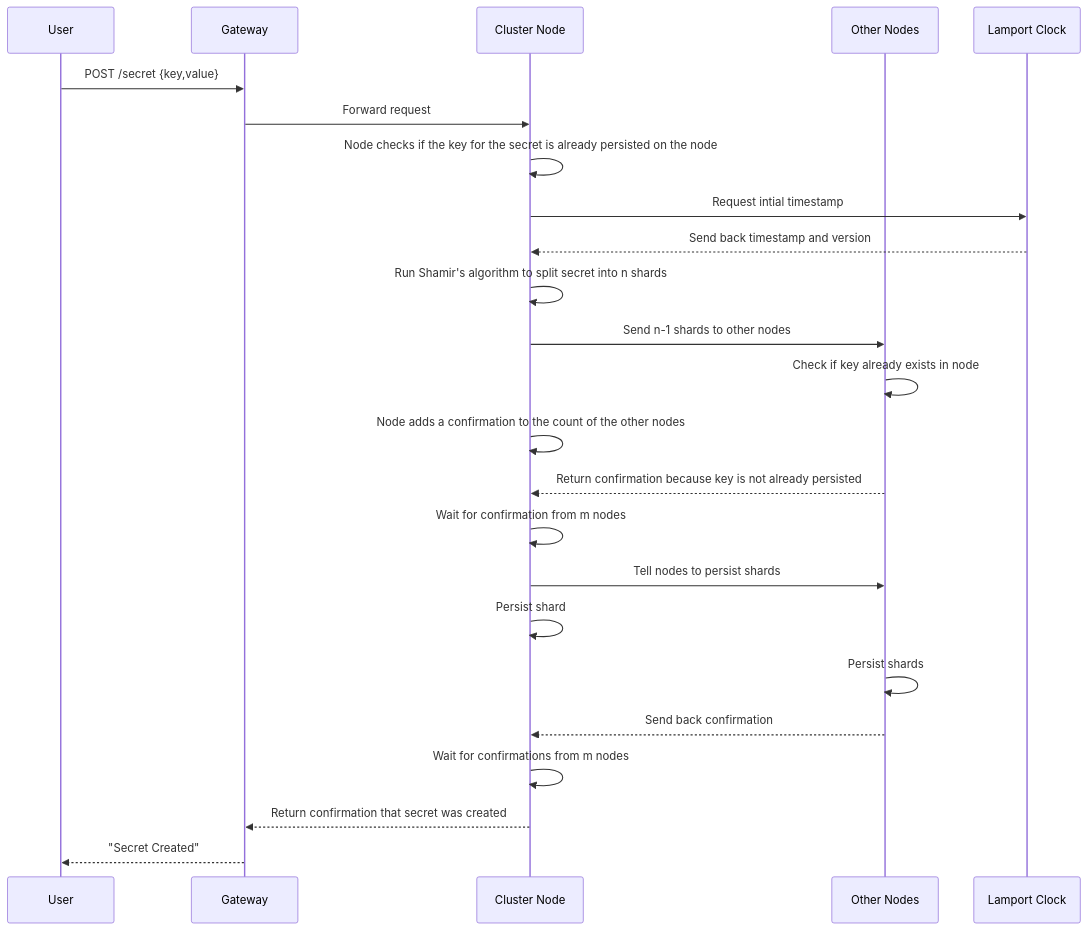
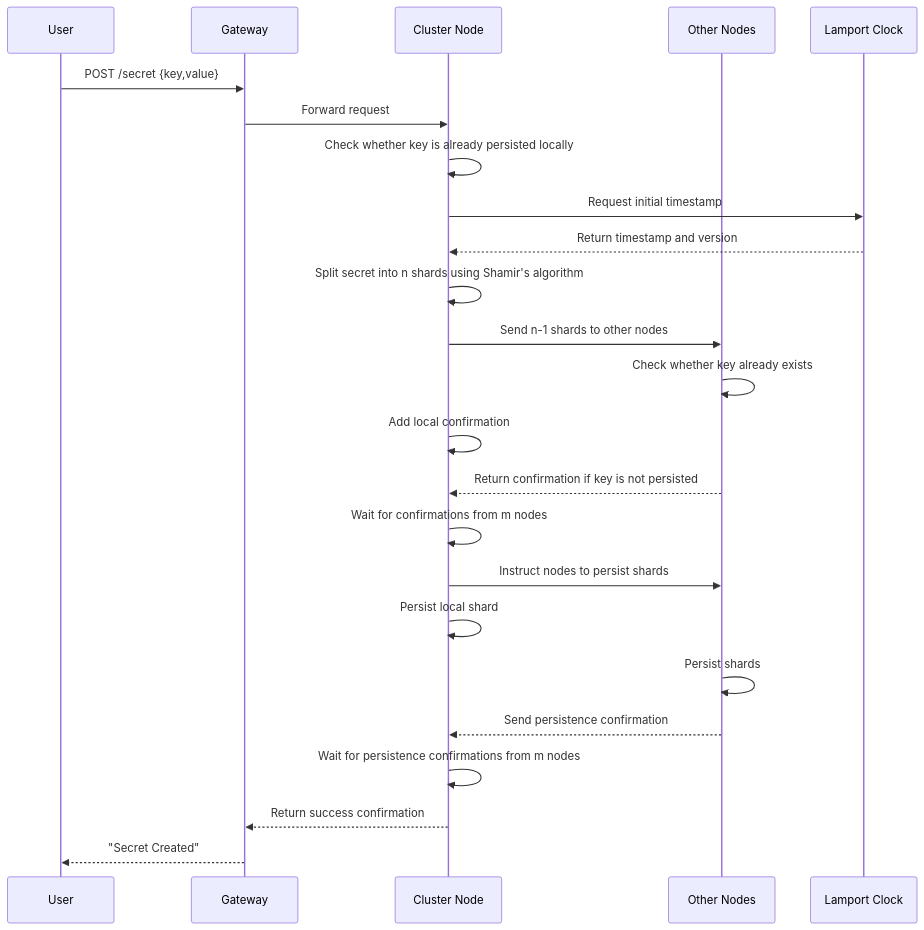
Before and after one commit to S26-Distributed-Capstone/DistributedSecretsVault: the first of 2 diagrams in docs/crud/create.md, drawn with Mermaid. The commit also changed other lines of this file, not shown here.

````diff
--- a/docs/crud/create.md
+++ b/docs/crud/create.md
@@ -40,27 +31,27 @@
 ```mermaid
 sequenceDiagram
     participant User
     participant Gateway
     participant Node as Cluster Node
     participant Peers as Other Nodes
     participant Clock as Lamport Clock
 
     User->>Gateway: POST /secret {key,value}
     Gateway->>Node: Forward request
-    Node->>Node: Node checks if the key for the secret is already persisted on the node
-    Node->>Clock: Request intial timestamp
-    Clock-->>Node: Send back timestamp and version
-    Node->>Node: Run Shamir's algorithm to split secret into n shards
+    Node->>Node: Check whether key is already persisted locally
+    Node->>Clock: Request initial timestamp
+    Clock-->>Node: Return timestamp and version
+    Node->>Node: Split secret into n shards using Shamir's algorithm
     Node->>Peers: Send n-1 shards to other nodes
-    Peers->>Peers: Check if key already exists in node
-    Node->>Node: Node adds a confirmation to the count of the other nodes
-    Peers-->>Node: Return confirmation because key is not already persisted
-    Node->>Node: Wait for confirmation from m nodes
-    Node->>Peers: Tell nodes to persist shards
-    Node->>Node: Persist shard
+    Peers->>Peers: Check whether key already exists
+    Node->>Node: Add local confirmation
+    Peers-->>Node: Return confirmation if key is not persisted
+    Node->>Node: Wait for confirmations from m nodes
+    Node->>Peers: Instruct nodes to persist shards
+    Node->>Node: Persist local shard
     Peers->>Peers: Persist shards
-    Peers-->>Node: Send back confirmation
-    Node->>Node: Wait for confirmations from m nodes
-    Node-->>Gateway: Return confirmation that secret was created
+    Peers-->>Node: Send persistence confirmation
+    Node->>Node: Wait for persistence confirmations from m nodes
+    Node-->>Gateway: Return success confirmation
     Gateway-->>User: "Secret Created"
 ```
````
